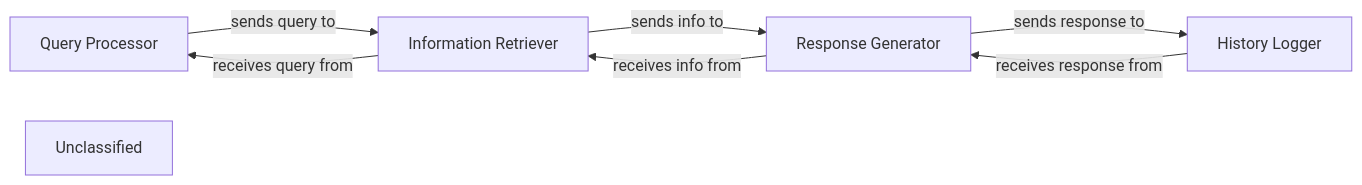
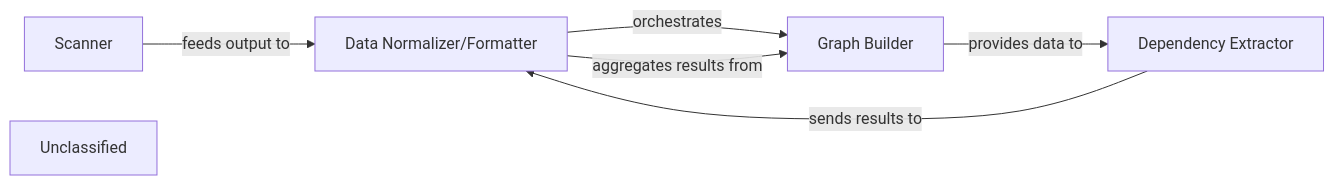
The sixth of 7 diagrams in docs/development/architecture.md (CodeBoarding/CodeBoarding), drawn with Mermaid before and after one commit. The commit also changed other lines of this file and 19 other files, not shown here.

First line of the commit message:
docs: update codeboarding documentation and generate architecture

````diff
--- a/docs/development/architecture.md
+++ b/docs/development/architecture.md
@@ -352,14 +366,13 @@
 ```mermaid
 graph LR
-    Query_Processor["Query Processor"]
-    Information_Retriever["Information Retriever"]
-    Response_Generator["Response Generator"]
-    History_Logger["History Logger"]
+    Scanner["Scanner"]
+    Graph_Builder["Graph Builder"]
+    Dependency_Extractor["Dependency Extractor"]
+    Data_Normalizer_Formatter["Data Normalizer/Formatter"]
     Unclassified["Unclassified"]
-    Query_Processor -- "sends query to" --> Information_Retriever
-    Information_Retriever -- "sends info to" --> Response_Generator
-    Response_Generator -- "sends response to" --> History_Logger
-    Information_Retriever -- "receives query from" --> Query_Processor
-    Response_Generator -- "receives info from" --> Information_Retriever
-    History_Logger -- "receives response from" --> Response_Generator
+    Scanner -- "feeds output to" --> Data_Normalizer_Formatter
+    Data_Normalizer_Formatter -- "orchestrates" --> Graph_Builder
+    Graph_Builder -- "provides data to" --> Dependency_Extractor
+    Dependency_Extractor -- "sends results to" --> Data_Normalizer_Formatter
+    Data_Normalizer_Formatter -- "aggregates results from" --> Graph_Builder
 ```
````
